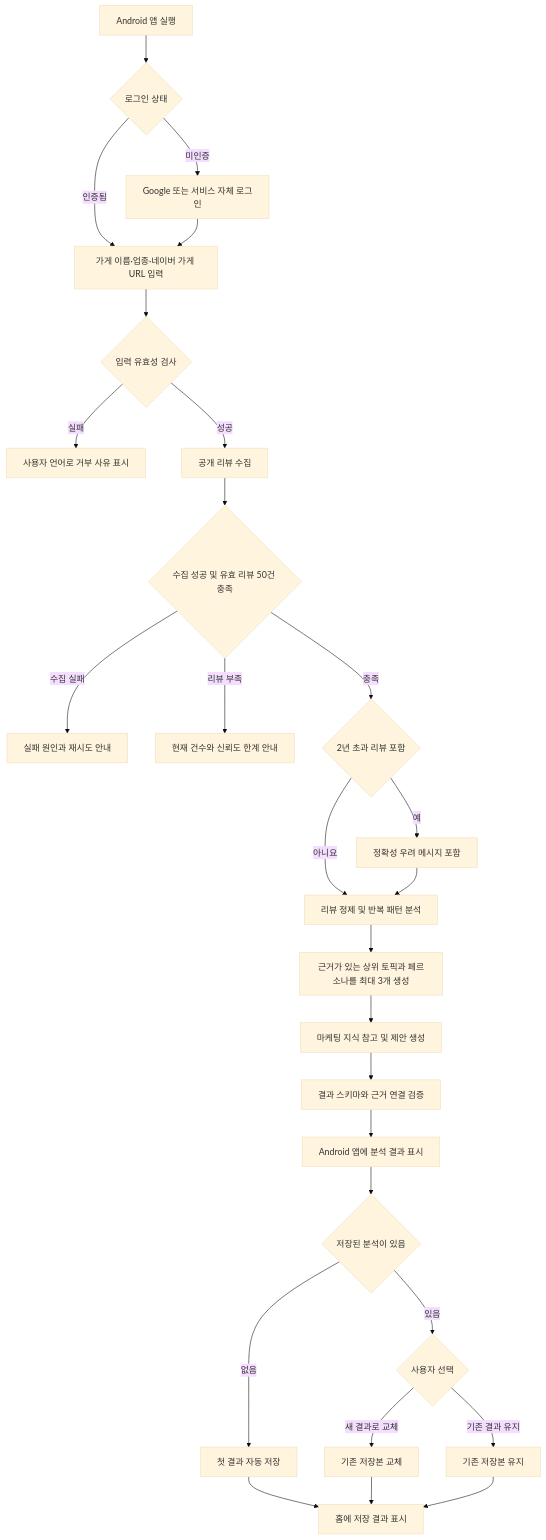
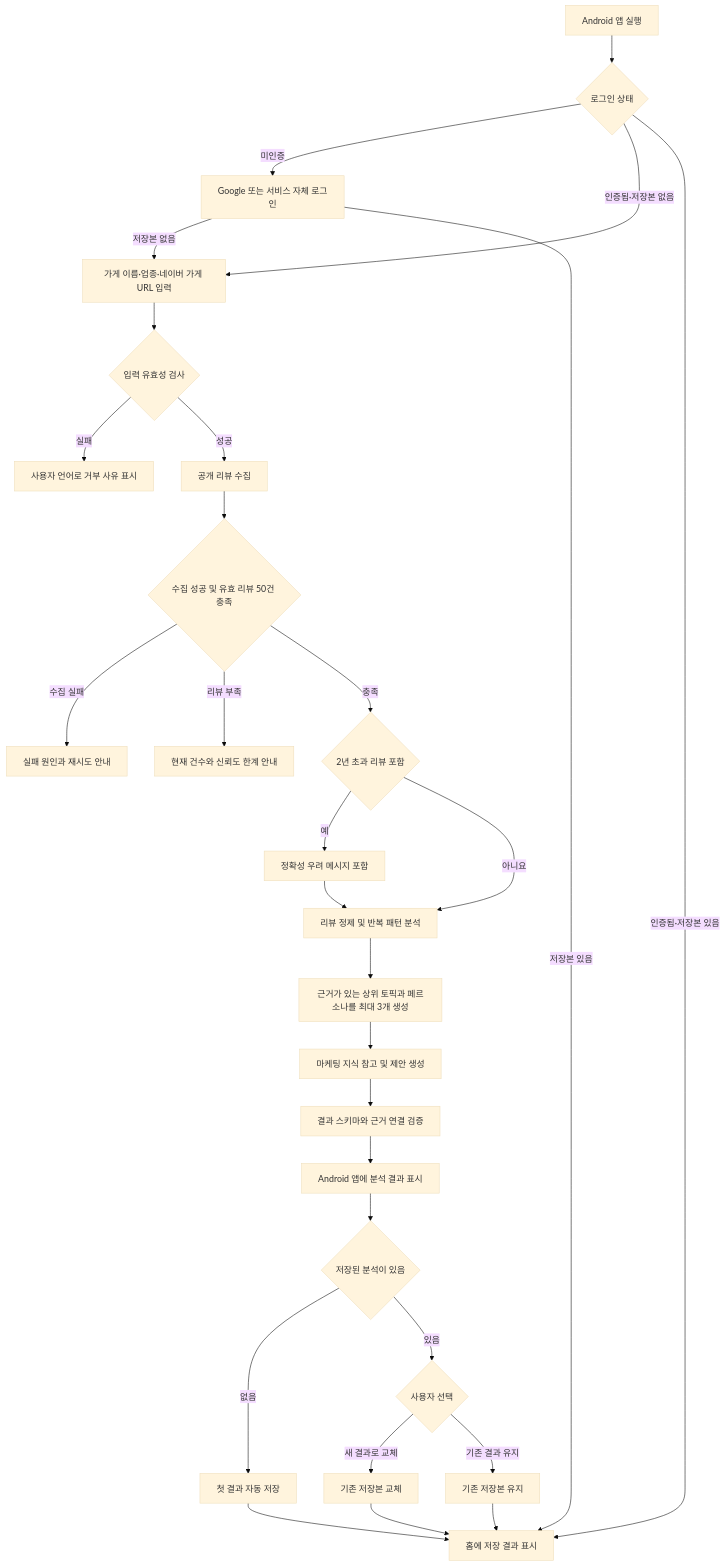
One commit to SKUnohtaekyung/PULSE_SCC changed the diagram in docs/product/requirements/GUEST_ANALYSIS_FUNCTIONAL_SPEC.md. Above: the diagram before and after it, drawn with Mermaid (base theme). The commit also changed other lines of this file and 283 other files, not shown here.

````diff
--- a/docs/product/requirements/GUEST_ANALYSIS_FUNCTIONAL_SPEC.md
+++ b/docs/product/requirements/GUEST_ANALYSIS_FUNCTIONAL_SPEC.md
@@ -72,29 +73,31 @@
 ```mermaid
 flowchart TD
     A[Android 앱 실행] --> A1{로그인 상태}
     A1 -- 미인증 --> A2[Google 또는 서비스 자체 로그인]
-    A1 -- 인증됨 --> B[가게 이름·업종·네이버 가게 URL 입력]
-    A2 --> B
+    A1 -- 인증됨·저장본 없음 --> B[가게 이름·업종·네이버 가게 URL 입력]
+    A1 -- 인증됨·저장본 있음 --> Q
+    A2 -- 저장본 없음 --> B
+    A2 -- 저장본 있음 --> Q
     B --> C{입력 유효성 검사}
     C -- 실패 --> D[사용자 언어로 거부 사유 표시]
     C -- 성공 --> E[공개 리뷰 수집]
     E --> F{수집 성공 및 유효 리뷰 50건 충족}
     F -- 수집 실패 --> G[실패 원인과 재시도 안내]
     F -- 리뷰 부족 --> H[현재 건수와 신뢰도 한계 안내]
     F -- 충족 --> F1{2년 초과 리뷰 포함}
     F1 -- 예 --> F2[정확성 우려 메시지 포함]
     F1 -- 아니요 --> I[리뷰 정제 및 반복 패턴 분석]
     F2 --> I
     I --> J[근거가 있는 상위 토픽과 페르소나를 최대 3개 생성]
     J --> K[마케팅 지식 참고 및 제안 생성]
     K --> L[결과 스키마와 근거 연결 검증]
     L --> M[Android 앱에 분석 결과 표시]
     M --> N{저장된 분석이 있음}
     N -- 없음 --> O[첫 결과 자동 저장]
     O --> Q[홈에 저장 결과 표시]
     N -- 있음 --> P{사용자 선택}
     P -- 새 결과로 교체 --> R[기존 저장본 교체]
     P -- 기존 결과 유지 --> S[기존 저장본 유지]
     R --> Q
     S --> Q
 ```
````
